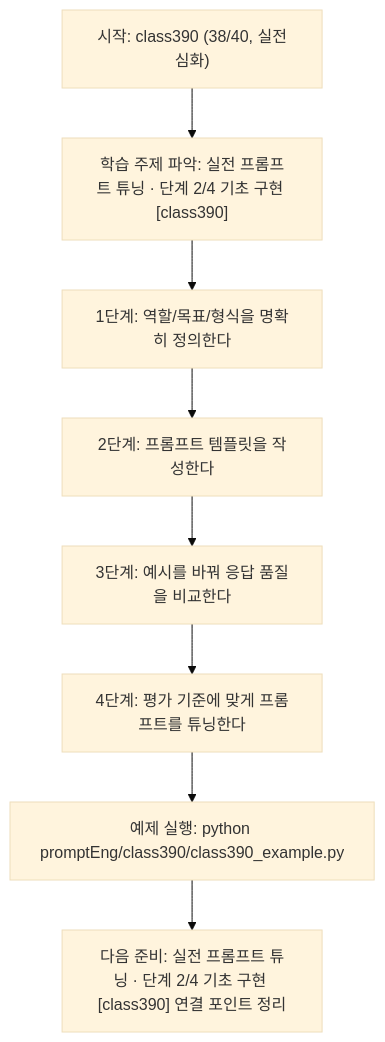
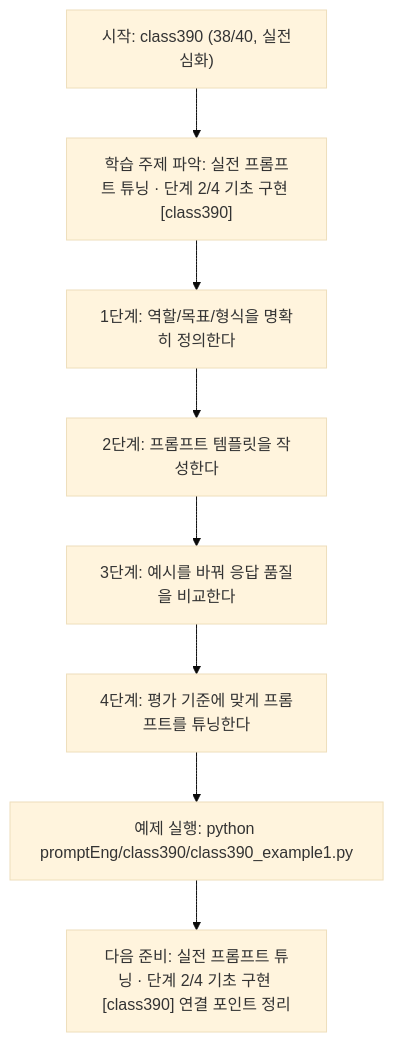
One commit to edumgt/Python-AI_Agent-Class changed the diagram in promptEng/class390/class390.md. Above: the diagram before and after it, drawn with Mermaid (base theme). The commit also changed other lines of this file and 2959 other files, not shown here.

````diff
--- a/promptEng/class390/class390.md
+++ b/promptEng/class390/class390.md
@@ -110,18 +110,18 @@
 ```mermaid
 flowchart TD
 N1["시작: class390 (38/40, 실전심화)"]
 N2["학습 주제 파악: 실전 프롬프트 튜닝 · 단계 2/4 기초 구현 [class390]"]
 N3["1단계: 역할/목표/형식을 명확히 정의한다"]
 N4["2단계: 프롬프트 템플릿을 작성한다"]
 N5["3단계: 예시를 바꿔 응답 품질을 비교한다"]
 N6["4단계: 평가 기준에 맞게 프롬프트를 튜닝한다"]
-N7["예제 실행: python promptEng/class390/class390_example.py"]
+N7["예제 실행: python promptEng/class390/class390_example1.py"]
 N8["다음 준비: 실전 프롬프트 튜닝 · 단계 2/4 기초 구현 [class390] 연결 포인트 정리"]
 N1 --> N2
 N2 --> N3
 N3 --> N4
 N4 --> N5
 N5 --> N6
 N6 --> N7
 N7 --> N8
 ```
````
